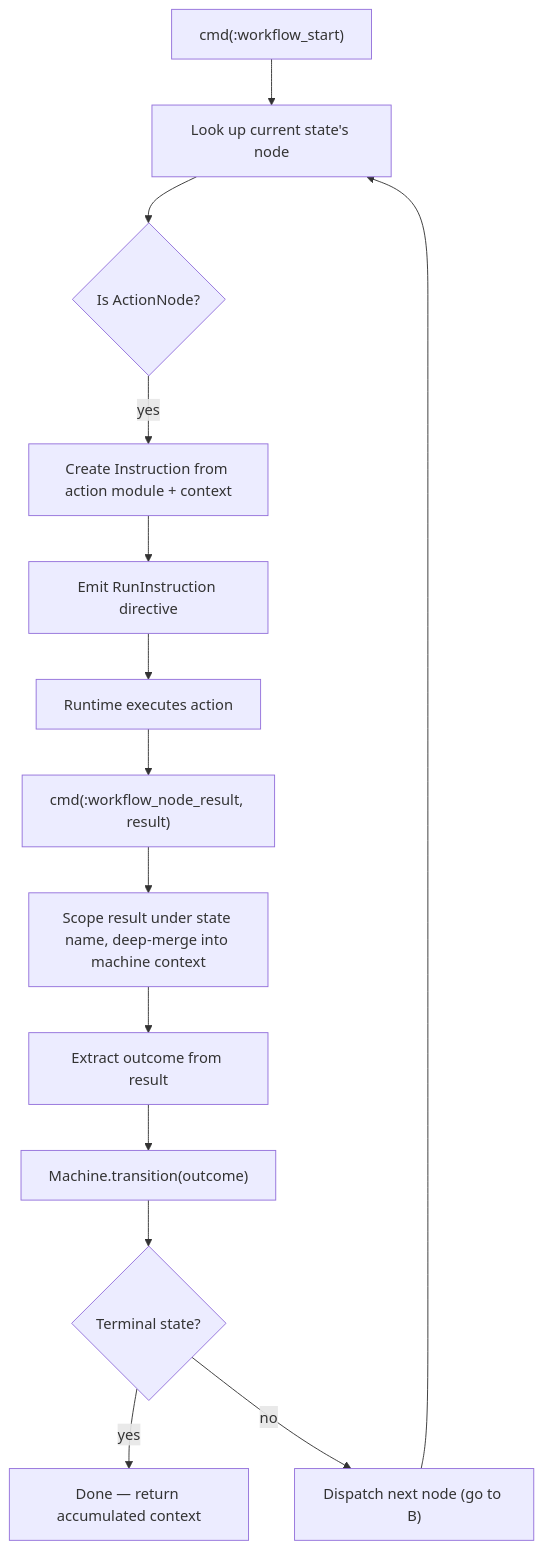
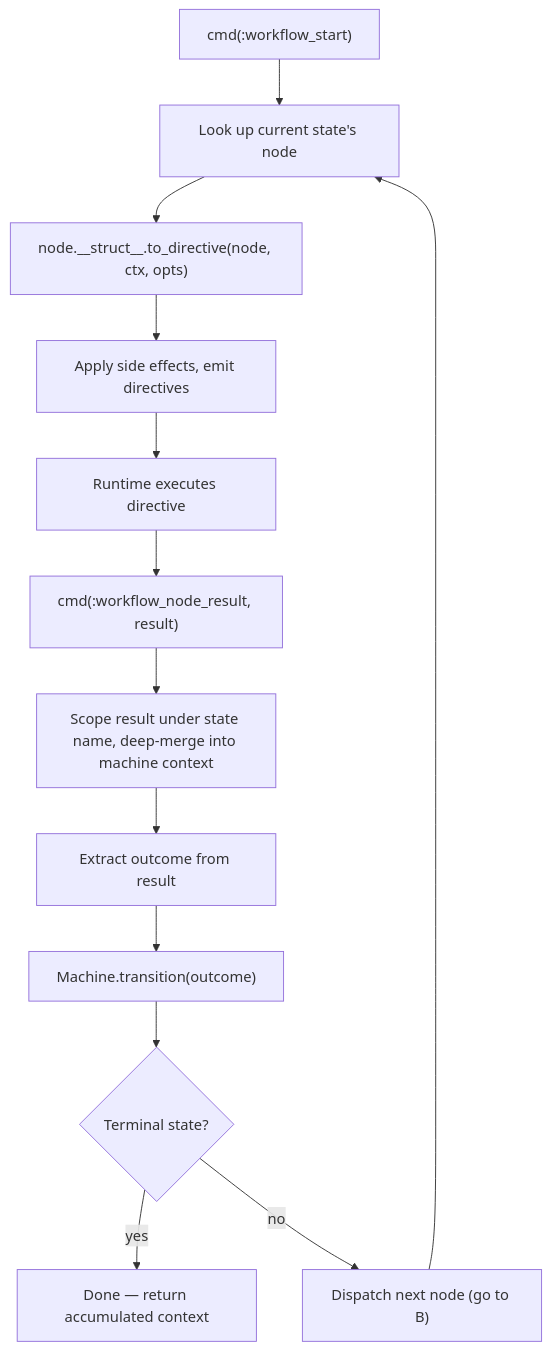
One commit to nshkrdotcom/jido_composer changed the second of 4 diagrams in docs/design/workflow/strategy.md. Above: the diagram before and after it, drawn with Mermaid. The commit also changed other lines of this file and 14 other files, not shown here.

First line of the commit message:
refactor: add to_directive/to_tool_spec callbacks for polymorphic node dispatch

````diff
--- a/docs/design/workflow/strategy.md
+++ b/docs/design/workflow/strategy.md
@@ -108,21 +113,19 @@
 ```mermaid
 flowchart TB
     A["cmd(:workflow_start)"]
     B["Look up current state's node"]
-    C{"Is ActionNode?"}
-    D["Create Instruction from action module + context"]
-    E["Emit RunInstruction directive"]
-    F["Runtime executes action"]
-    G["cmd(:workflow_node_result, result)"]
-    H["Scope result under state name, deep-merge into machine context"]
-    I["Extract outcome from result"]
-    J["Machine.transition(outcome)"]
-    K{"Terminal state?"}
-    L["Done — return accumulated context"]
-    M["Dispatch next node (go to B)"]
+    C["node.__struct__.to_directive(node, ctx, opts)"]
+    D["Apply side effects, emit directives"]
+    E["Runtime executes directive"]
+    F["cmd(:workflow_node_result, result)"]
+    G["Scope result under state name, deep-merge into machine context"]
+    H["Extract outcome from result"]
+    I["Machine.transition(outcome)"]
+    J{"Terminal state?"}
+    K["Done — return accumulated context"]
+    L["Dispatch next node (go to B)"]
 
-    A --> B --> C
-    C -->|yes| D --> E --> F --> G --> H --> I --> J --> K
-    K -->|yes| L
-    K -->|no| M --> B
+    A --> B --> C --> D --> E --> F --> G --> H --> I --> J
+    J -->|yes| K
+    J -->|no| L --> B
 ```
````
